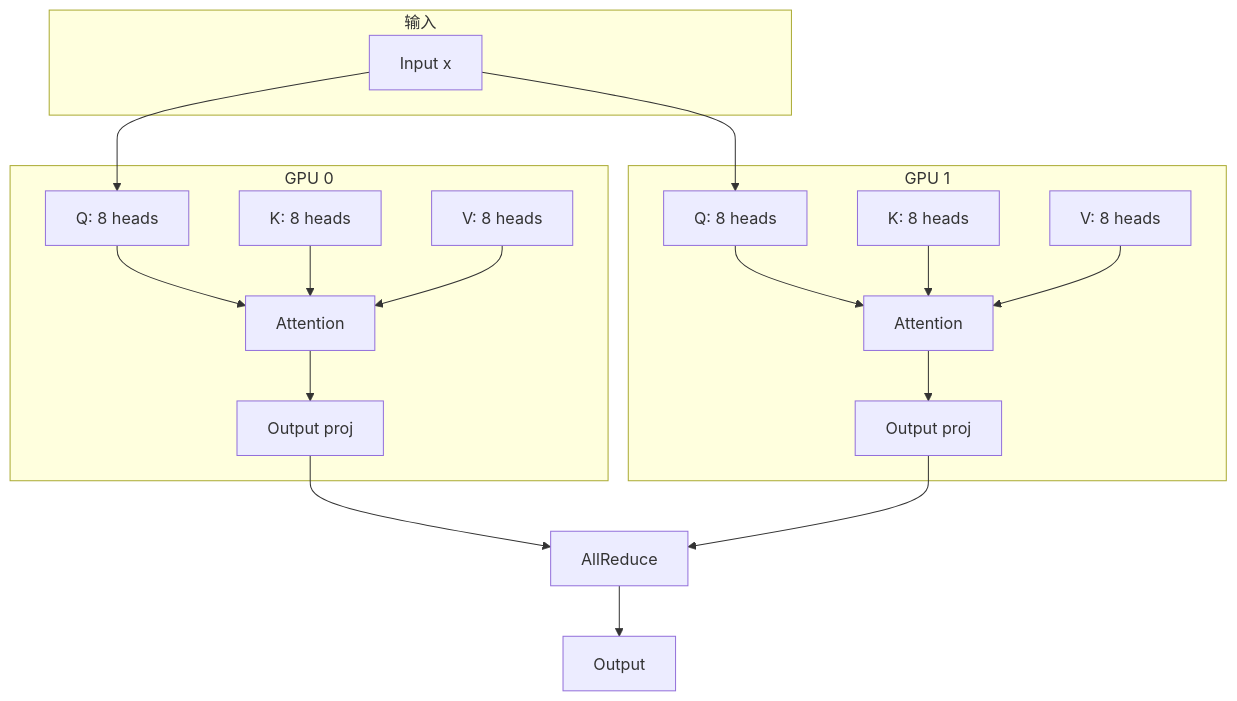
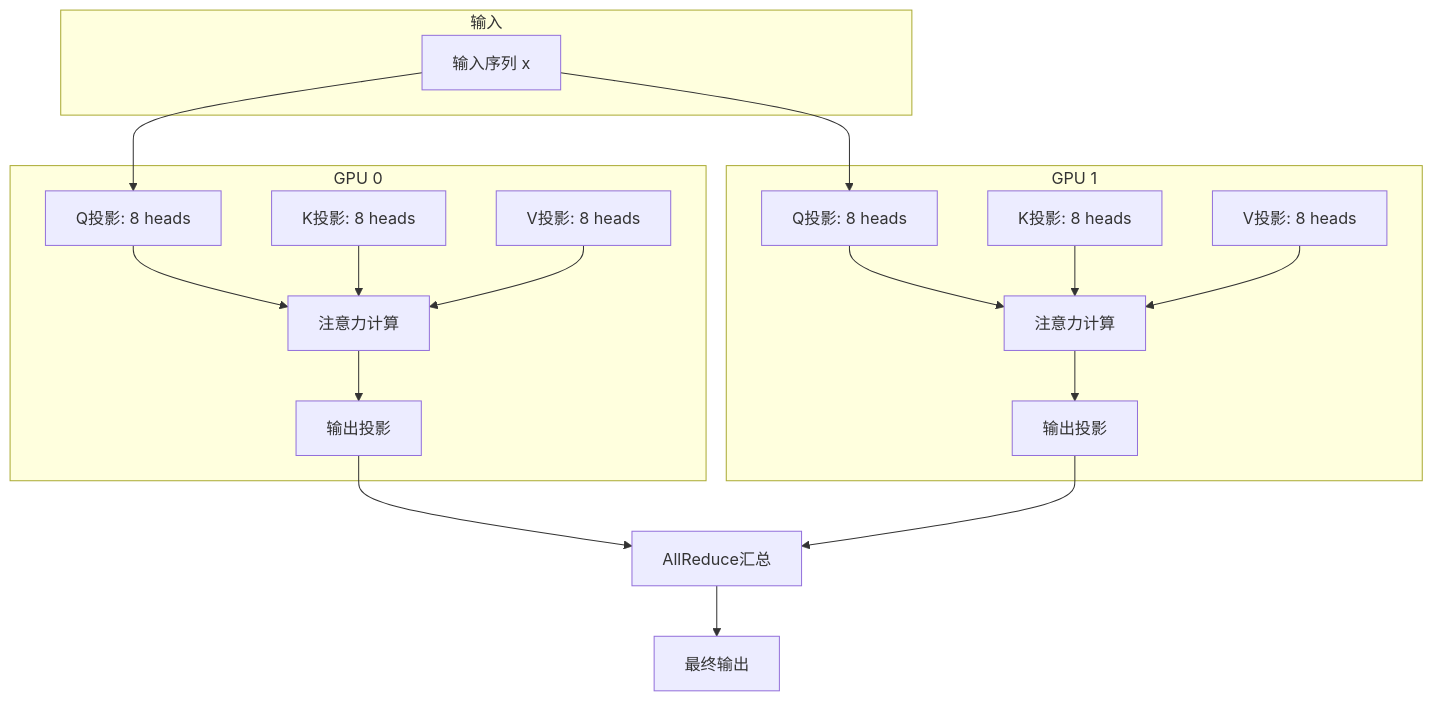
The third of 5 diagrams in learning/website/docs/basics/19-distributed-inference.md (Xunzhuo/mini-sglang), drawn with Mermaid before and after one commit. The commit also changed other lines of this file and 23 other files, not shown here.

````diff
--- a/learning/website/docs/basics/19-distributed-inference.md
+++ b/learning/website/docs/basics/19-distributed-inference.md
@@ -146,36 +131,36 @@
 ```mermaid
 graph TB
     subgraph 输入
-        X[Input x]
+        X[输入序列 x]
     end
     
     subgraph GPU 0
-        Q0[Q: 8 heads]
-        K0[K: 8 heads]
-        V0[V: 8 heads]
-        A0[Attention]
-        O0[Output proj]
+        Q0[Q投影: 8 heads]
+        K0[K投影: 8 heads]
+        V0[V投影: 8 heads]
+        A0[注意力计算]
+        O0[输出投影]
     end
     
     subgraph GPU 1
-        Q1[Q: 8 heads]
-        K1[K: 8 heads]
-        V1[V: 8 heads]
-        A1[Attention]
-        O1[Output proj]
+        Q1[Q投影: 8 heads]
+        K1[K投影: 8 heads]
+        V1[V投影: 8 heads]
+        A1[注意力计算]
+        O1[输出投影]
     end
     
     X --> Q0
     X --> Q1
     Q0 --> A0
     K0 --> A0
     V0 --> A0
     Q1 --> A1
     K1 --> A1
     V1 --> A1
     A0 --> O0
     A1 --> O1
-    O0 --> AR[AllReduce]
+    O0 --> AR[AllReduce汇总]
     O1 --> AR
-    AR --> Out[Output]
+    AR --> Out[最终输出]
 ```
````
